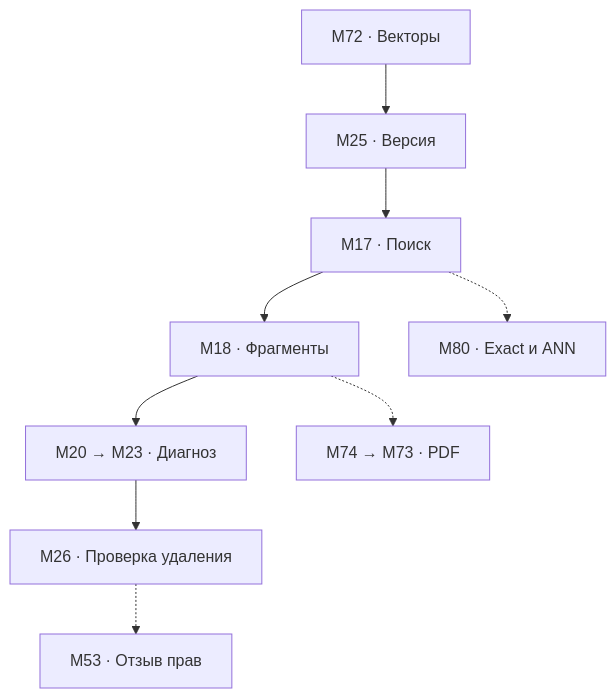
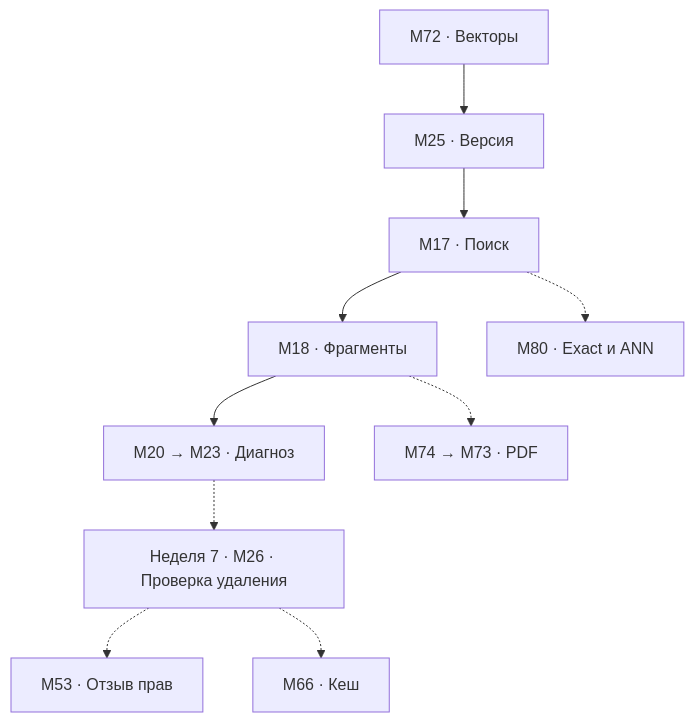
One commit to 620474/applied-ai-reading changed the diagram in retrieval.md. Above: the diagram before and after it, drawn with Mermaid. The commit also changed other lines of this file and 6 other files, not shown here.

Commit message:
Expand Applied AI roadmap: fundamentals, eval statistics, context and production

````diff
--- a/retrieval.md
+++ b/retrieval.md
@@ -5,9 +5,10 @@
 ```mermaid
 flowchart TD
 A["M72 · Векторы"] --> B["M25 · Версия"] --> C["M17 · Поиск"]
 C --> D["M18 · Фрагменты"] --> E["M20 → M23 · Диагноз"]
-E --> F["M26 · Проверка удаления"]
+E -.-> F["Неделя 7 · M26 · Проверка удаления"]
 C -.-> V["M80 · Exact и ANN"]
 D -.-> P["M74 → M73 · PDF"]
 F -.-> R["M53 · Отзыв прав"]
+F -.-> K["M66 · Кеш"]
 ```
````
